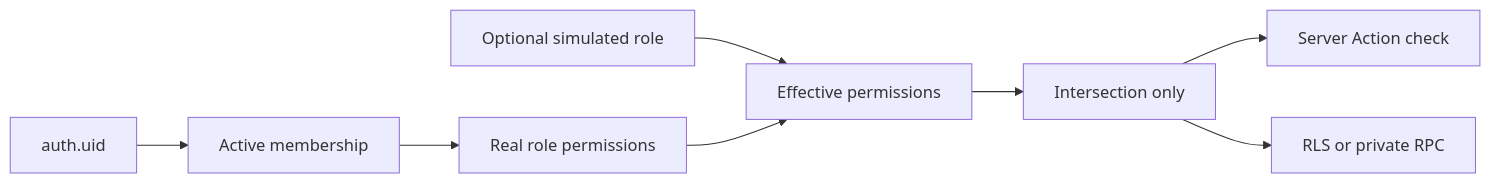
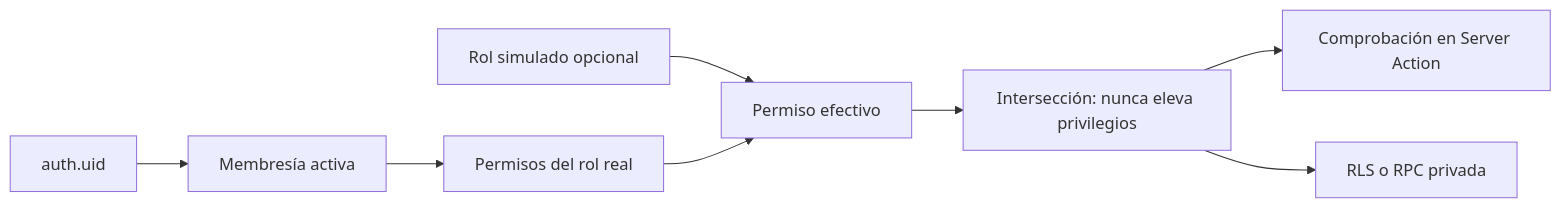
The sixth of 9 diagrams in docs/TECHNICAL-CASE-STUDY.md (antoniojesusdelgado/management-platform-demo), drawn with Mermaid before and after one commit. The commit also changed other lines of this file and 34 other files, not shown here.

````diff
--- a/docs/TECHNICAL-CASE-STUDY.md
+++ b/docs/TECHNICAL-CASE-STUDY.md
@@ -141,10 +156,10 @@
 ```mermaid
 flowchart LR
-  identity["auth.uid"] --> membership["Active membership"]
-  membership --> real["Real role permissions"]
-  simulator["Optional simulated role"] --> effective["Effective permissions"]
+  identity["auth.uid"] --> membership["Membresía activa"]
+  membership --> real["Permisos del rol real"]
+  simulator["Rol simulado opcional"] --> effective["Permiso efectivo"]
   real --> effective
-  effective --> intersection["Intersection only"]
-  intersection --> action["Server Action check"]
-  intersection --> rls["RLS or private RPC"]
+  effective --> intersection["Intersección: nunca eleva privilegios"]
+  intersection --> action["Comprobación en Server Action"]
+  intersection --> rls["RLS o RPC privada"]
 ```
````
